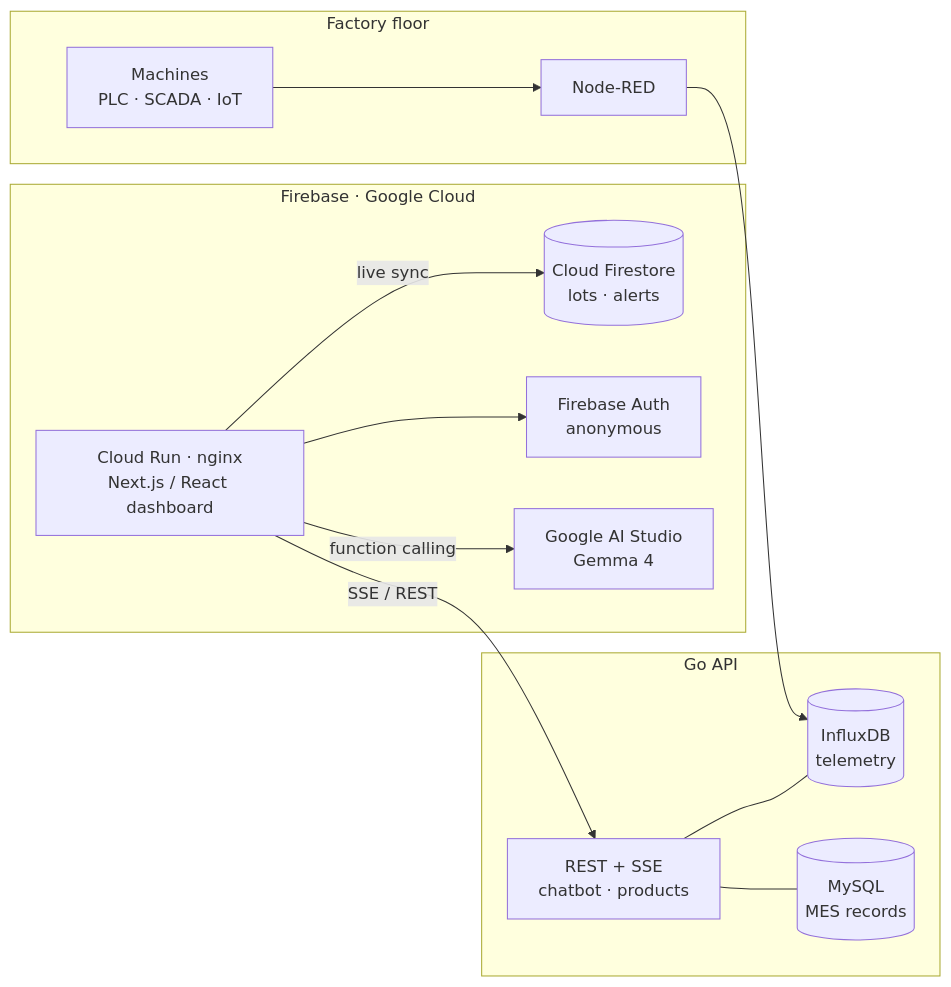
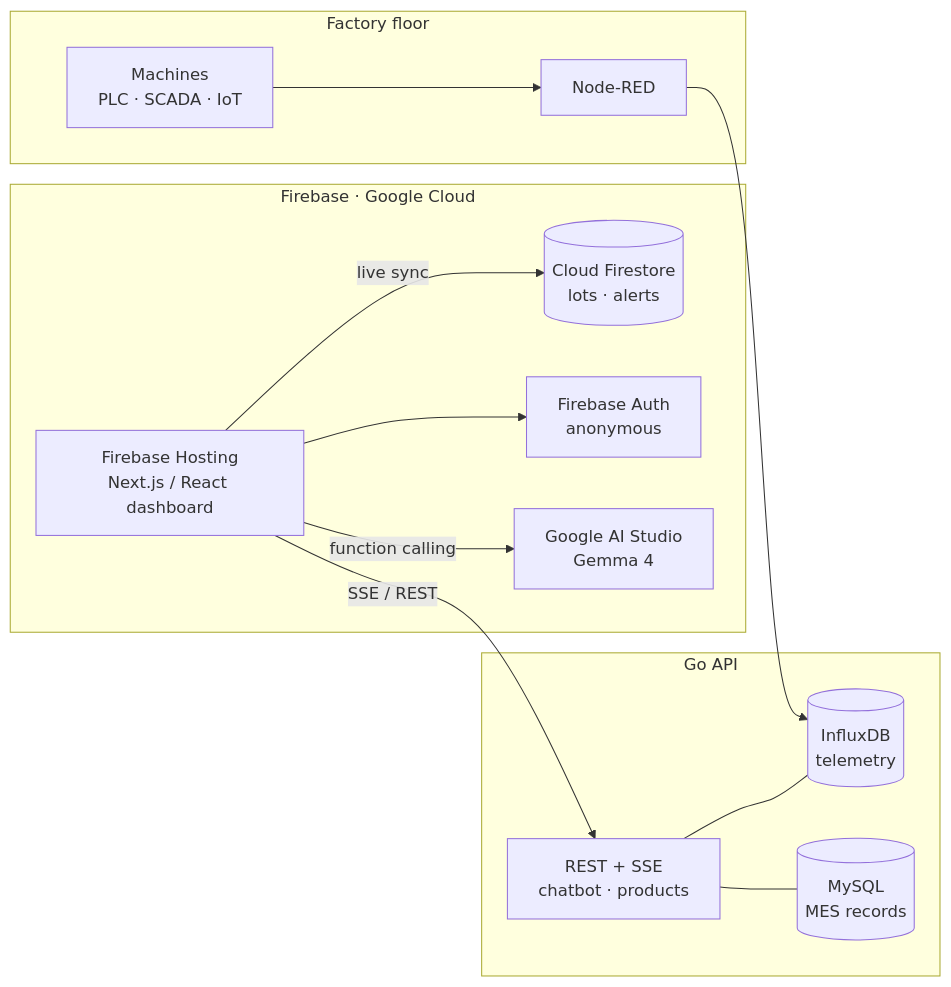
The diagram in README.md (GLAZERadr/minerva-japac), drawn with Mermaid before and after one commit. The commit also changed other lines of this file and 2 other files, not shown here.

First line of the commit message:
chore: deploy to Firebase Hosting and document it

````diff
--- a/README.md
+++ b/README.md
@@ -28,26 +28,26 @@
 ```mermaid
 flowchart LR
   subgraph Floor["Factory floor"]
     PLC["Machines<br/>PLC · SCADA · IoT"] --> NR["Node-RED"]
   end
 
   subgraph Google["Firebase · Google Cloud"]
-    Hosting["Cloud Run · nginx<br/>Next.js / React dashboard"]
+    Hosting["Firebase Hosting<br/>Next.js / React dashboard"]
     FS[("Cloud Firestore<br/>lots · alerts")]
     Auth["Firebase Auth<br/>anonymous"]
     AIS["Google AI Studio<br/>Gemma 4"]
   end
 
   subgraph API["Go API"]
     Go["REST + SSE<br/>chatbot · products"]
     Influx[("InfluxDB<br/>telemetry")]
     SQL[("MySQL<br/>MES records")]
   end
 
   NR --> Influx
   Go --- Influx & SQL
   Hosting -- "SSE / REST" --> Go
   Hosting -- "live sync" --> FS
   Hosting --> Auth
   Hosting -- "function calling" --> AIS
 ```
````
